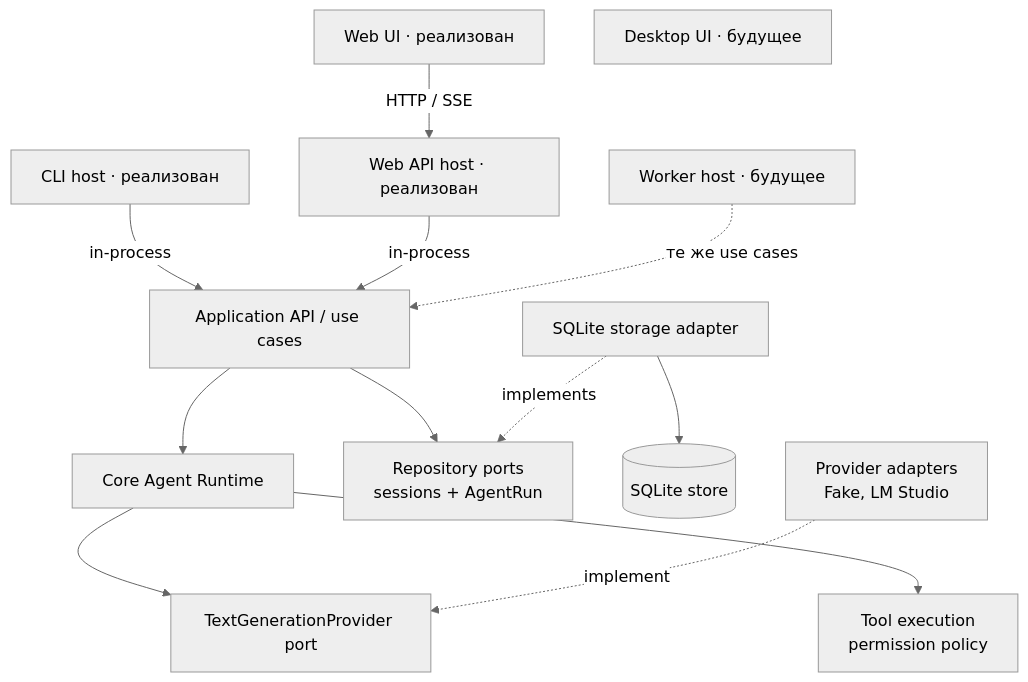
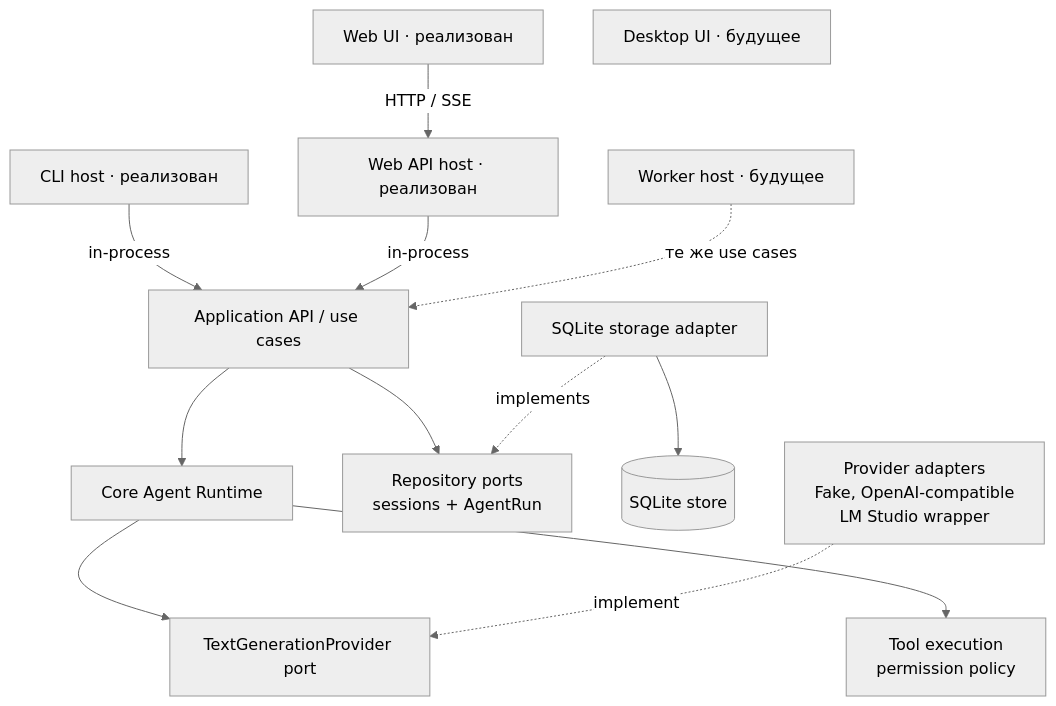
Before and after one commit to davy1ex/smysAgent: the second of 2 diagrams in docs/ARCHITECTURE.md, drawn with Mermaid (neutral theme). The commit also changed other lines of this file and 29 other files, not shown here.

````diff
--- a/docs/ARCHITECTURE.md
+++ b/docs/ARCHITECTURE.md
@@ -54,15 +55,15 @@
 ```mermaid
 flowchart TB
   WEBUI["Web UI · реализован"] -->|"HTTP / SSE"| WEBHOST["Web API host · реализован"]
   CLI["CLI host · реализован"] -->|"in-process"| APP
   WEBHOST -->|"in-process"| APP["Application API / use cases"]
   WORKER["Worker host · будущее"] -. "те же use cases" .-> APP
   APP --> CORE["Core Agent Runtime"]
   APP --> PORT["Repository ports<br/>sessions + AgentRun"]
   SQLITE_ADAPTER["SQLite storage adapter"] -. "implements" .-> PORT
   SQLITE_ADAPTER --> SQLITE[("SQLite store")]
   CORE --> PROVIDER_PORT["TextGenerationProvider port"]
-  PROVIDERS["Provider adapters<br/>Fake, LM Studio"] -. "implement" .-> PROVIDER_PORT
+  PROVIDERS["Provider adapters<br/>Fake, OpenAI-compatible<br/>LM Studio wrapper"] -. "implement" .-> PROVIDER_PORT
   CORE --> TOOLS["Tool execution<br/>permission policy"]
   DESKTOP["Desktop UI · будущее"]
 ```
````
